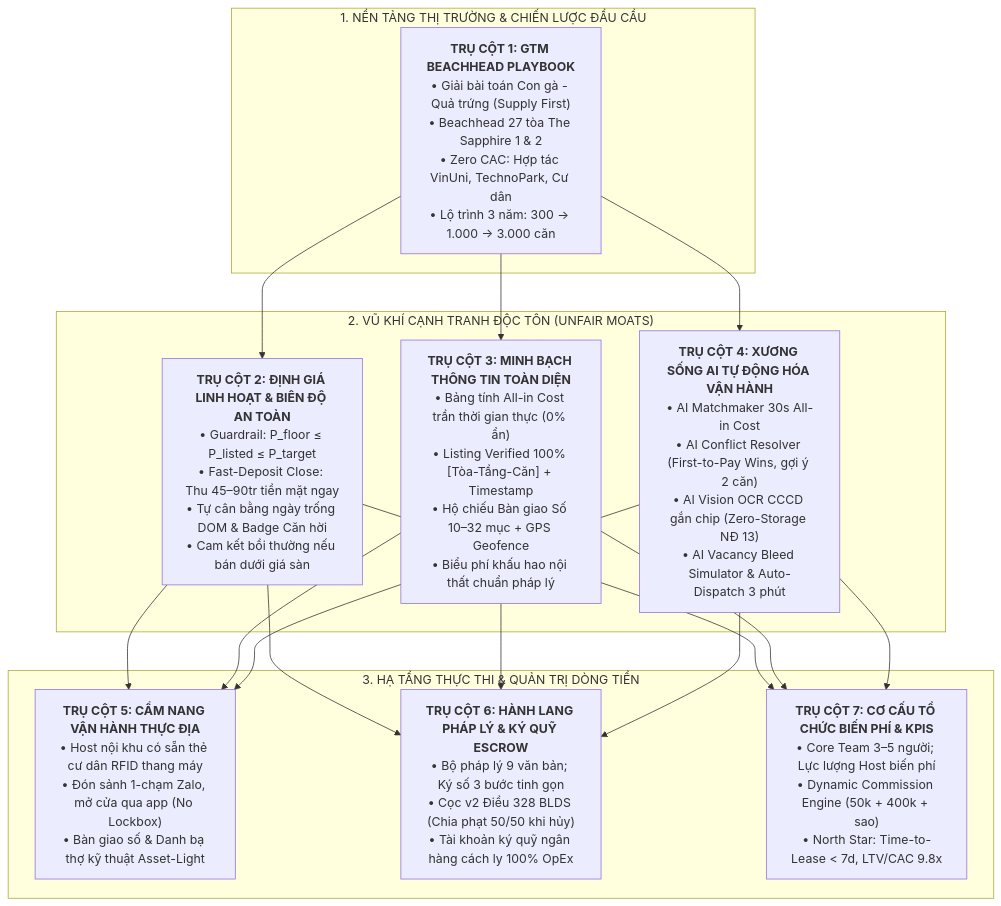
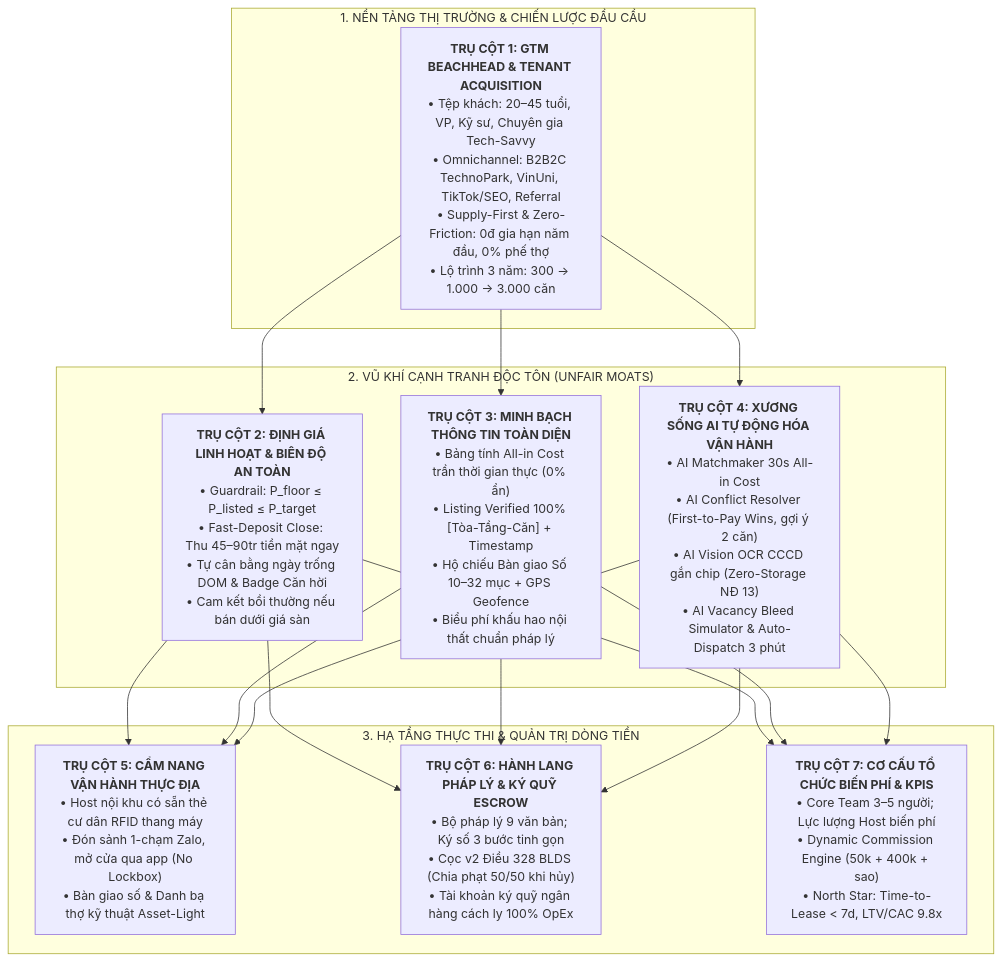
One commit to cvduynk-beep/duynk-demop2-t010 changed the first of 7 diagrams in docs/GO_TO_MARKET_AND_OPERATIONAL_STRATEGY.md. Above: the diagram before and after it, drawn with Mermaid. The commit also changed other lines of this file, not shown here.

First line of the commit message:
docs(gtm): enrich tenant acquisition, brand positioning, and POV storytelling marketing playbook

````diff
--- a/docs/GO_TO_MARKET_AND_OPERATIONAL_STRATEGY.md
+++ b/docs/GO_TO_MARKET_AND_OPERATIONAL_STRATEGY.md
@@ -49,21 +49,21 @@
 ```mermaid
 flowchart TD
     subgraph Market ["1. NỀN TẢNG THỊ TRƯỜNG & CHIẾN LƯỢC ĐẦU CẦU"]
-        P1["<b>TRỤ CỘT 1: GTM BEACHHEAD PLAYBOOK</b><br>• Giải bài toán Con gà - Quả trứng (Supply First)<br>• Beachhead 27 tòa The Sapphire 1 & 2<br>• Zero CAC: Hợp tác VinUni, TechnoPark, Cư dân<br>• Lộ trình 3 năm: 300 → 1.000 → 3.000 căn"]
+        P1["<b>TRỤ CỘT 1: GTM BEACHHEAD & TENANT ACQUISITION</b><br>• Tệp khách: 20–45 tuổi, VP, Kỹ sư, Chuyên gia Tech-Savvy<br>• Omnichannel: B2B2C TechnoPark, VinUni, TikTok/SEO, Referral<br>• Supply-First & Zero-Friction: 0đ gia hạn năm đầu, 0% phế thợ<br>• Lộ trình 3 năm: 300 → 1.000 → 3.000 căn"]
     end
 
     subgraph Moats ["2. VŨ KHÍ CẠNH TRANH ĐỘC TÔN (UNFAIR MOATS)"]
         P2["<b>TRỤ CỘT 2: ĐỊNH GIÁ LINH HOẠT & BIÊN ĐỘ AN TOÀN</b><br>• Guardrail: P_floor ≤ P_listed ≤ P_target<br>• Fast-Deposit Close: Thu 45–90tr tiền mặt ngay<br>• Tự cân bằng ngày trống DOM & Badge Căn hời<br>• Cam kết bồi thường nếu bán dưới giá sàn"]
         P3["<b>TRỤ CỘT 3: MINH BẠCH THÔNG TIN TOÀN DIỆN</b><br>• Bảng tính All-in Cost trần thời gian thực (0% ẩn)<br>• Listing Verified 100% [Tòa-Tầng-Căn] + Timestamp<br>• Hộ chiếu Bàn giao Số 10–32 mục + GPS Geofence<br>• Biểu phí khấu hao nội thất chuẩn pháp lý"]
         P4["<b>TRỤ CỘT 4: XƯƠNG SỐNG AI TỰ ĐỘNG HÓA VẬN HÀNH</b><br>• AI Matchmaker 30s All-in Cost<br>• AI Conflict Resolver (First-to-Pay Wins, gợi ý 2 căn)<br>• AI Vision OCR CCCD gắn chip (Zero-Storage NĐ 13)<br>• AI Vacancy Bleed Simulator & Auto-Dispatch 3 phút"]
     end
 
     subgraph Execution ["3. HẠ TẦNG THỰC THI & QUẢN TRỊ DÒNG TIỀN"]
         P5["<b>TRỤ CỘT 5: CẨM NANG VẬN HÀNH THỰC ĐỊA</b><br>• Host nội khu có sẵn thẻ cư dân RFID thang máy<br>• Đón sảnh 1-chạm Zalo, mở cửa qua app (No Lockbox)<br>• Bàn giao số & Danh bạ thợ kỹ thuật Asset-Light"]
         P6["<b>TRỤ CỘT 6: HÀNH LANG PHÁP LÝ & KÝ QUỸ ESCROW</b><br>• Bộ pháp lý 9 văn bản; Ký số 3 bước tinh gọn<br>• Cọc v2 Điều 328 BLDS (Chia phạt 50/50 khi hủy)<br>• Tài khoản ký quỹ ngân hàng cách ly 100% OpEx"]
         P7["<b>TRỤ CỘT 7: CƠ CẤU TỔ CHỨC BIẾN PHÍ & KPIS</b><br>• Core Team 3–5 người; Lực lượng Host biến phí<br>• Dynamic Commission Engine (50k + 400k + sao)<br>• North Star: Time-to-Lease < 7d, LTV/CAC 9.8x"]
     end
 
     P1 --> P2 & P3 & P4
     P2 & P3 & P4 --> P5 & P6 & P7
 ```
````
